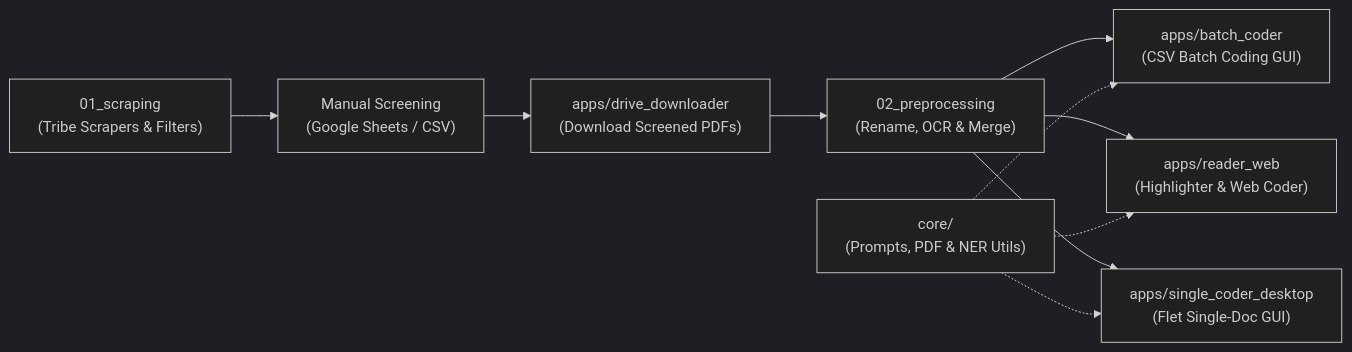
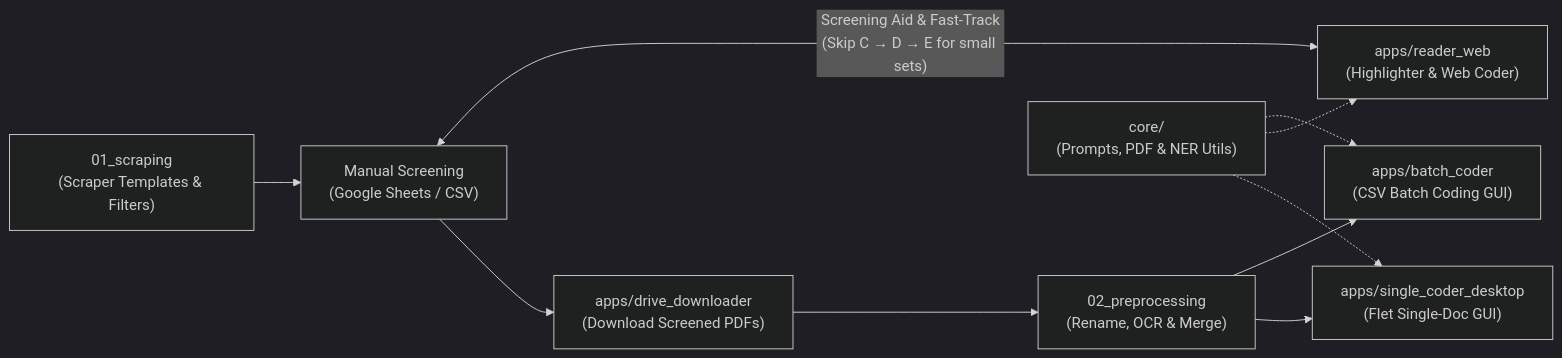
The diagram in README.md (ZW-Duran/MMIWG-Archival-Coding-Suite), drawn with Mermaid (dark theme) before and after one commit. The commit also changed other lines of this file and 12 other files, not shown here.

Commit message:
refactor(scrapers,docs): generalize scrapers into templates, clarify reader_web workflow, and set script exec bits

````diff
--- a/README.md
+++ b/README.md
@@ -12,12 +12,12 @@
 ```mermaid
 flowchart LR
-    A["01_scraping\n(Tribe Scrapers & Filters)"] --> B["Manual Screening\n(Google Sheets / CSV)"]
+    A["01_scraping\n(Scraper Templates & Filters)"] --> B["Manual Screening\n(Google Sheets / CSV)"]
+    B <-->|"Screening Aid & Fast-Track\n(Skip C → D → E for small sets)"| F["apps/reader_web\n(Highlighter & Web Coder)"]
     B --> C["apps/drive_downloader\n(Download Screened PDFs)"]
     C --> D["02_preprocessing\n(Rename, OCR & Merge)"]
     D --> E["apps/batch_coder\n(CSV Batch Coding GUI)"]
-    D --> F["apps/reader_web\n(Highlighter & Web Coder)"]
     D --> G["apps/single_coder_desktop\n(Flet Single-Doc GUI)"]
     H["core/\n(Prompts, PDF & NER Utils)"] -.-> E
     H -.-> F
     H -.-> G
 ```
````
